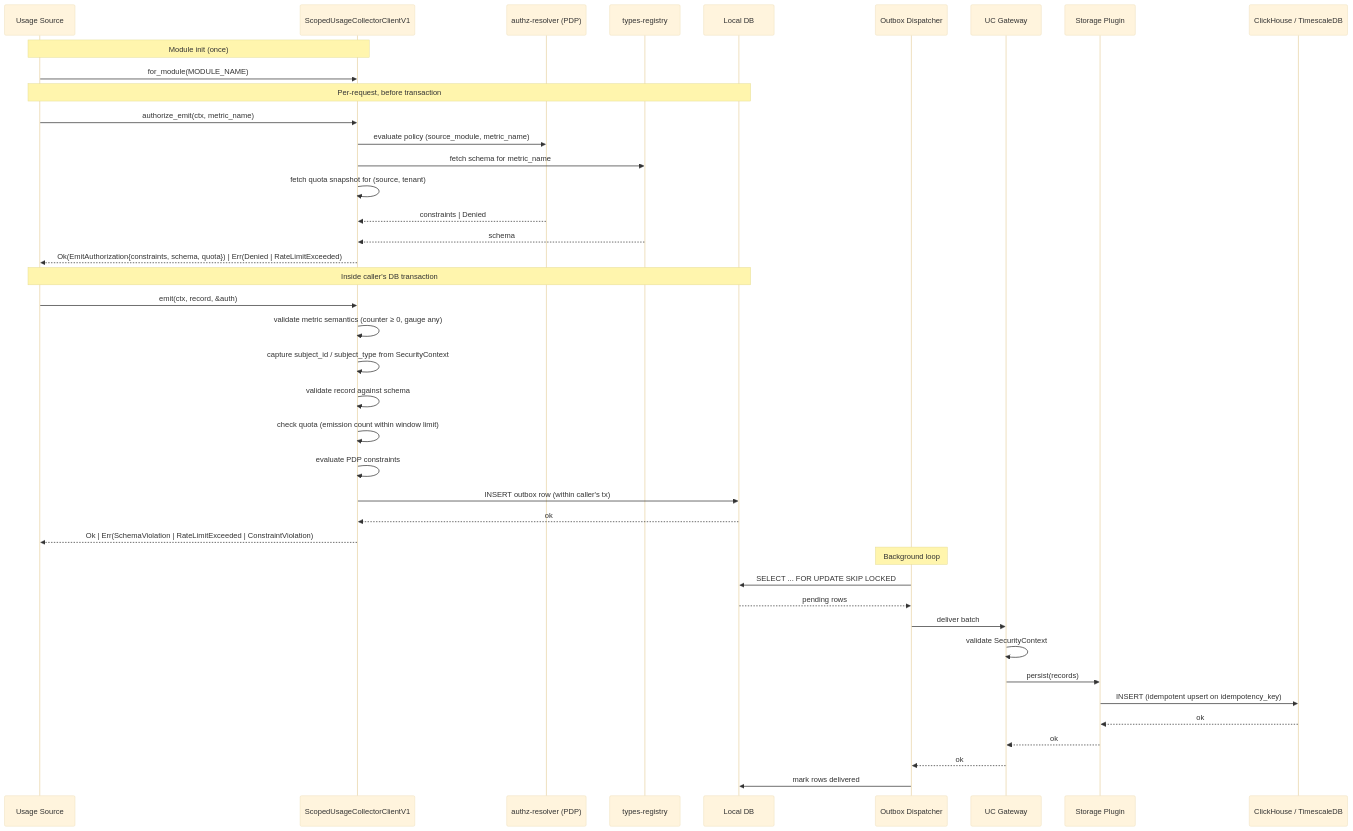
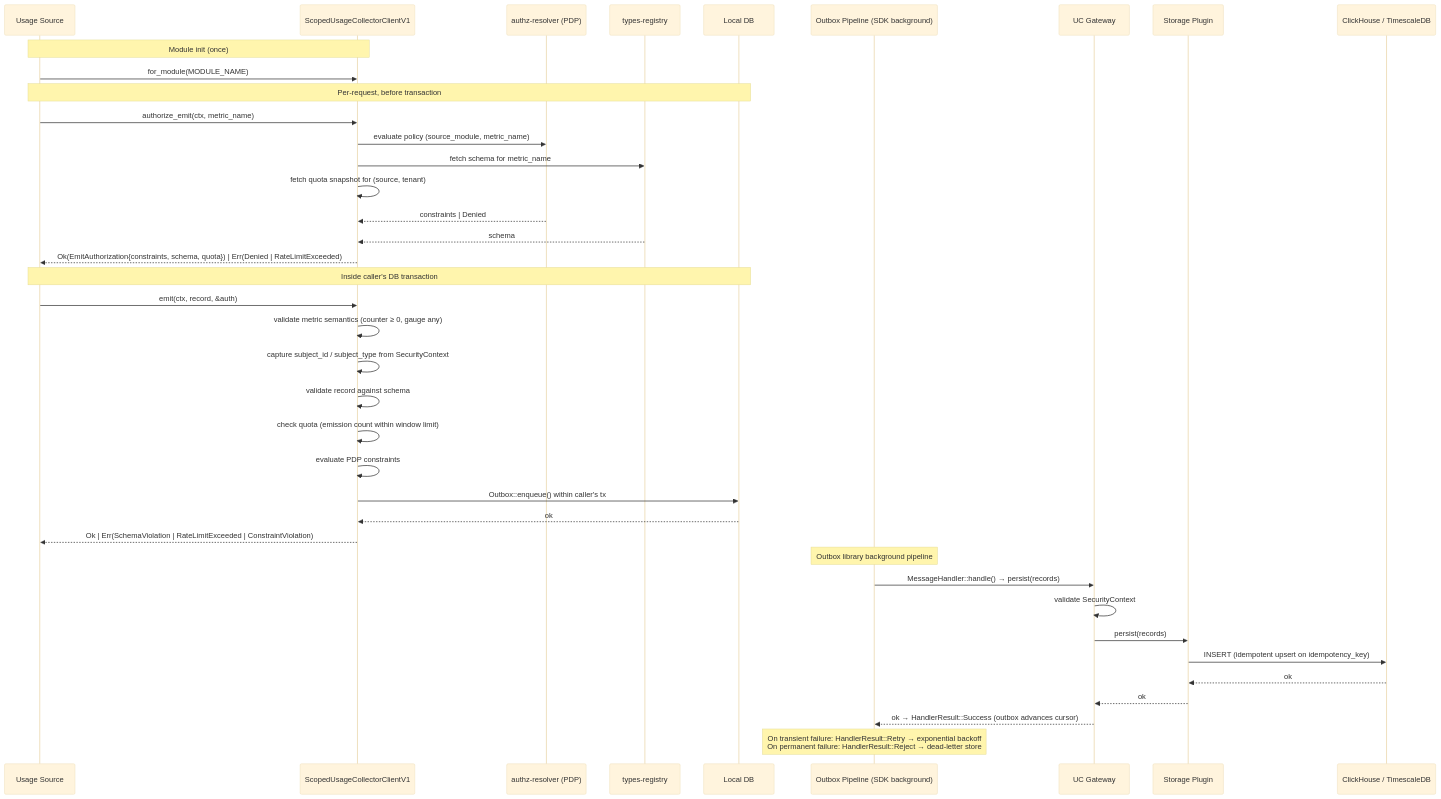
The second of 7 diagrams in modules/system/usage-collector/docs/DESIGN.md (capybutler/cyberfabric-core), drawn with Mermaid (base theme) before and after one commit. The commit also changed other lines of this file, not shown here.

Commit message:
docs(usage_collector): update for new outbox design

````diff
--- a/modules/system/usage-collector/docs/DESIGN.md
+++ b/modules/system/usage-collector/docs/DESIGN.md
@@ -538,47 +510,45 @@
 ```mermaid
 sequenceDiagram
     participant App as Usage Source
     participant SC as ScopedUsageCollectorClientV1
     participant PDP as authz-resolver (PDP)
     participant TR as types-registry
     participant LDB as Local DB
-    participant Disp as Outbox Dispatcher
+    participant OB as Outbox Pipeline (SDK background)
     participant GW as UC Gateway
     participant Plugin as Storage Plugin
     participant DB as ClickHouse / TimescaleDB
 
     Note over App,SC: Module init (once)
     App->>SC: for_module(MODULE_NAME)
 
     Note over App,LDB: Per-request, before transaction
     App->>SC: authorize_emit(ctx, metric_name)
     SC->>PDP: evaluate policy (source_module, metric_name)
     SC->>TR: fetch schema for metric_name
     SC->>SC: fetch quota snapshot for (source, tenant)
     PDP-->>SC: constraints | Denied
     TR-->>SC: schema
     SC-->>App: Ok(EmitAuthorization{constraints, schema, quota}) | Err(Denied | RateLimitExceeded)
 
     Note over App,LDB: Inside caller's DB transaction
     App->>SC: emit(ctx, record, &auth)
     SC->>SC: validate metric semantics (counter ≥ 0, gauge any)
     SC->>SC: capture subject_id / subject_type from SecurityContext
     SC->>SC: validate record against schema
     SC->>SC: check quota (emission count within window limit)
     SC->>SC: evaluate PDP constraints
-    SC->>LDB: INSERT outbox row (within caller's tx)
+    SC->>LDB: Outbox::enqueue() within caller's tx
     LDB-->>SC: ok
     SC-->>App: Ok | Err(SchemaViolation | RateLimitExceeded | ConstraintViolation)
 
-    Note over Disp: Background loop
-    Disp->>LDB: SELECT ... FOR UPDATE SKIP LOCKED
-    LDB-->>Disp: pending rows
-    Disp->>GW: deliver batch
+    Note over OB: Outbox library background pipeline
+    OB->>GW: MessageHandler::handle() → persist(records)
     GW->>GW: validate SecurityContext
     GW->>Plugin: persist(records)
     Plugin->>DB: INSERT (idempotent upsert on idempotency_key)
     DB-->>Plugin: ok
     Plugin-->>GW: ok
-    GW-->>Disp: ok
-    Disp->>LDB: mark rows delivered
+    GW-->>OB: ok → HandlerResult::Success (outbox advances cursor)
+    Note over OB: On transient failure: HandlerResult::Retry → exponential backoff<br/>On permanent failure: HandlerResult::Reject → dead-letter store
 ```
````
